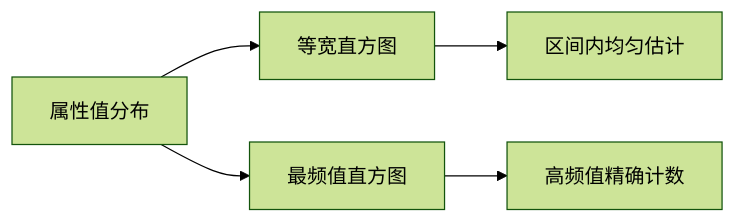
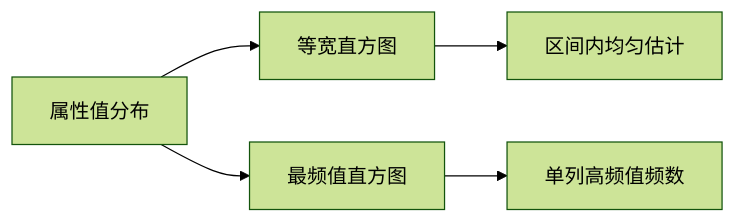
The diagram in topics/数据库内核实现/代价估计与参数获取.md (hicancan/njupt-knowledge), drawn with Mermaid (forest theme) before and after one commit. The commit also changed other lines of this file and 7 other files, not shown here.

````diff
--- a/topics/数据库内核实现/代价估计与参数获取.md
+++ b/topics/数据库内核实现/代价估计与参数获取.md
@@ -27,7 +27,7 @@
 ```mermaid
 flowchart LR
     A["属性值分布"] --> B["等宽直方图"]
     A --> C["最频值直方图"]
     B --> D["区间内均匀估计"]
-    C --> E["高频值精确计数"]
+    C --> E["单列高频值频数"]
 ```
````
